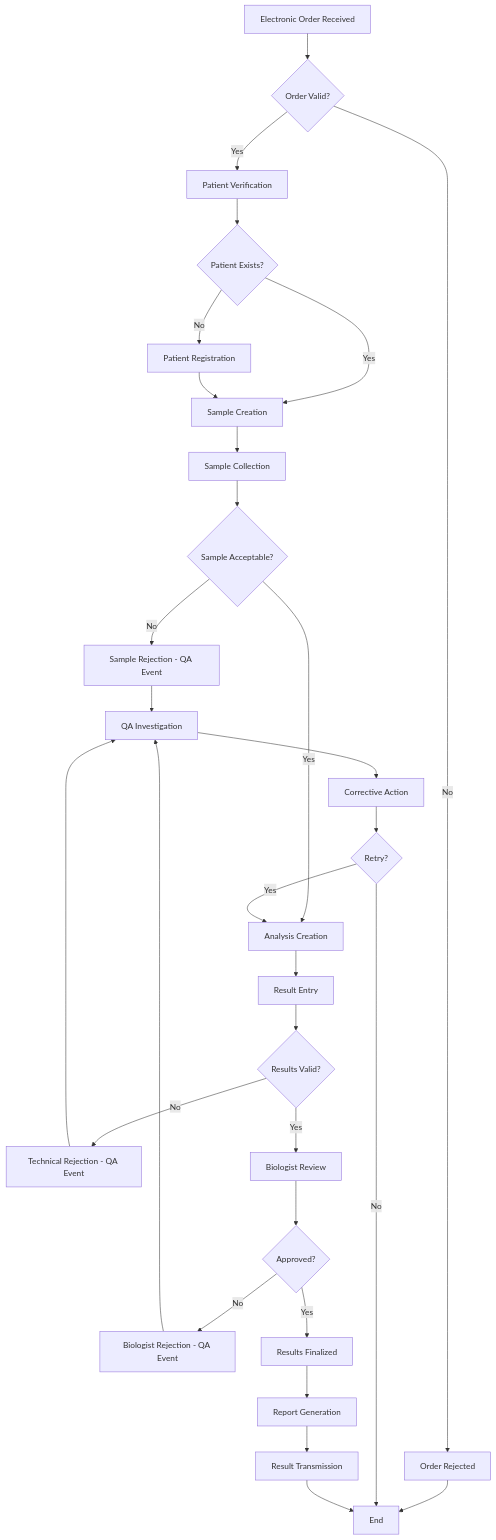
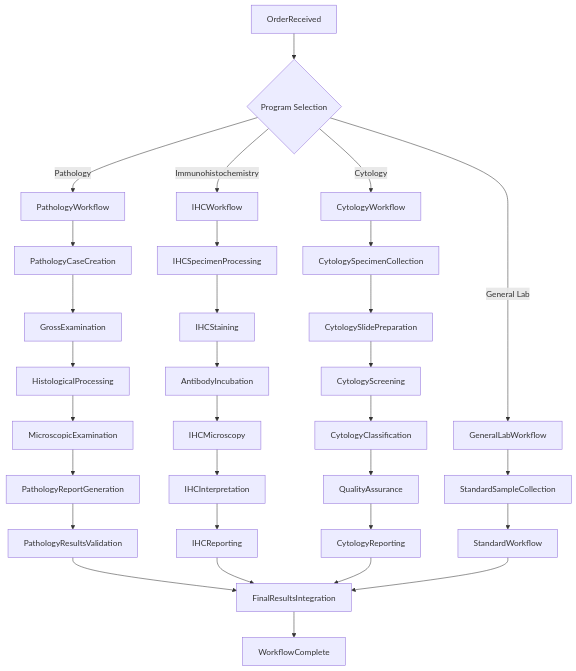
One commit to mean-machine-gc/openlis-global-code-analysis changed the first of 10 diagrams in docs/code-analysis/event-sourcing/07-cross-aggregate-workflows.md. Above: the diagram before and after it, drawn with Mermaid. The commit also changed other lines of this file and 9 other files, not shown here.

````diff
--- a/docs/code-analysis/event-sourcing/07-cross-aggregate-workflows.md
+++ b/docs/code-analysis/event-sourcing/07-cross-aggregate-workflows.md
@@ -11,33 +11,38 @@
 ```mermaid
 flowchart TD
-    A[Electronic Order Received] --> B{Order Valid?}
-    B -->|No| C[Order Rejected]
-    B -->|Yes| D[Patient Verification]
-    D --> E{Patient Exists?}
-    E -->|No| F[Patient Registration]
-    E -->|Yes| G[Sample Creation]
-    F --> G
-    G --> H[Sample Collection]
-    H --> I{Sample Acceptable?}
-    I -->|No| J[Sample Rejection - QA Event]
-    I -->|Yes| K[Analysis Creation]
-    K --> L[Result Entry]
-    L --> M{Results Valid?}
-    M -->|No| N[Technical Rejection - QA Event]
-    M -->|Yes| O[Biologist Review]
-    O --> P{Approved?}
-    P -->|No| Q[Biologist Rejection - QA Event]
-    P -->|Yes| R[Results Finalized]
-    R --> S[Report Generation]
-    S --> T[Result Transmission]
+    A[OrderReceived] --> B{Program Selection}
+    B -->|General Lab| C[GeneralLabWorkflow]
+    B -->|Pathology| D[PathologyWorkflow] 
+    B -->|Immunohistochemistry| E[IHCWorkflow]
+    B -->|Cytology| F[CytologyWorkflow]
     
-    C --> U[End]
-    J --> V[QA Investigation]
-    N --> V
-    Q --> V
-    V --> W[Corrective Action]
-    W --> X{Retry?}
-    X -->|Yes| K
-    X -->|No| U
-    T --> U
+    C --> C1[StandardSampleCollection]
+    D --> D1[PathologyCaseCreation]
+    E --> E1[IHCSpecimenProcessing]
+    F --> F1[CytologySpecimenCollection]
+    
+    D1 --> D2[GrossExamination]
+    D2 --> D3[HistologicalProcessing]
+    D3 --> D4[MicroscopicExamination]
+    D4 --> D5[PathologyReportGeneration]
+    D5 --> D6[PathologyResultsValidation]
+    
+    E1 --> E2[IHCStaining]
+    E2 --> E3[AntibodyIncubation]
+    E3 --> E4[IHCMicroscopy]
+    E4 --> E5[IHCInterpretation]
+    E5 --> E6[IHCReporting]
+    
+    F1 --> F2[CytologySlidePreparation]
+    F2 --> F3[CytologyScreening]
+    F3 --> F4[CytologyClassification]
+    F4 --> F5[QualityAssurance]
+    F5 --> F6[CytologyReporting]
+    
+    C1 --> STANDARD[StandardWorkflow]
+    D6 --> FINALIZE[FinalResultsIntegration]
+    E6 --> FINALIZE
+    F6 --> FINALIZE
+    STANDARD --> FINALIZE
+    FINALIZE --> END[WorkflowComplete]
 ```
````
